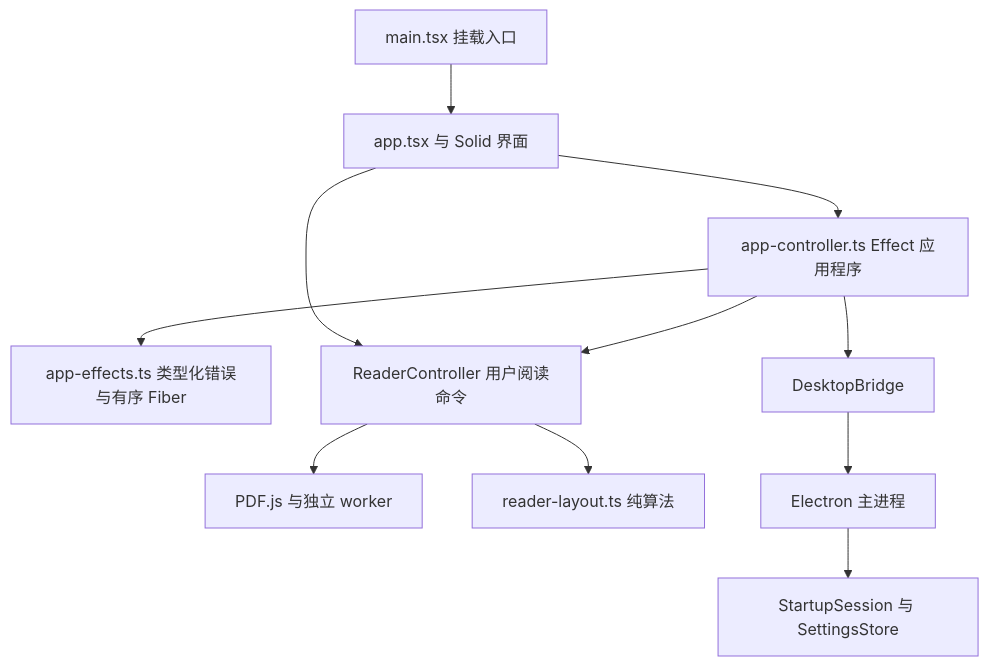
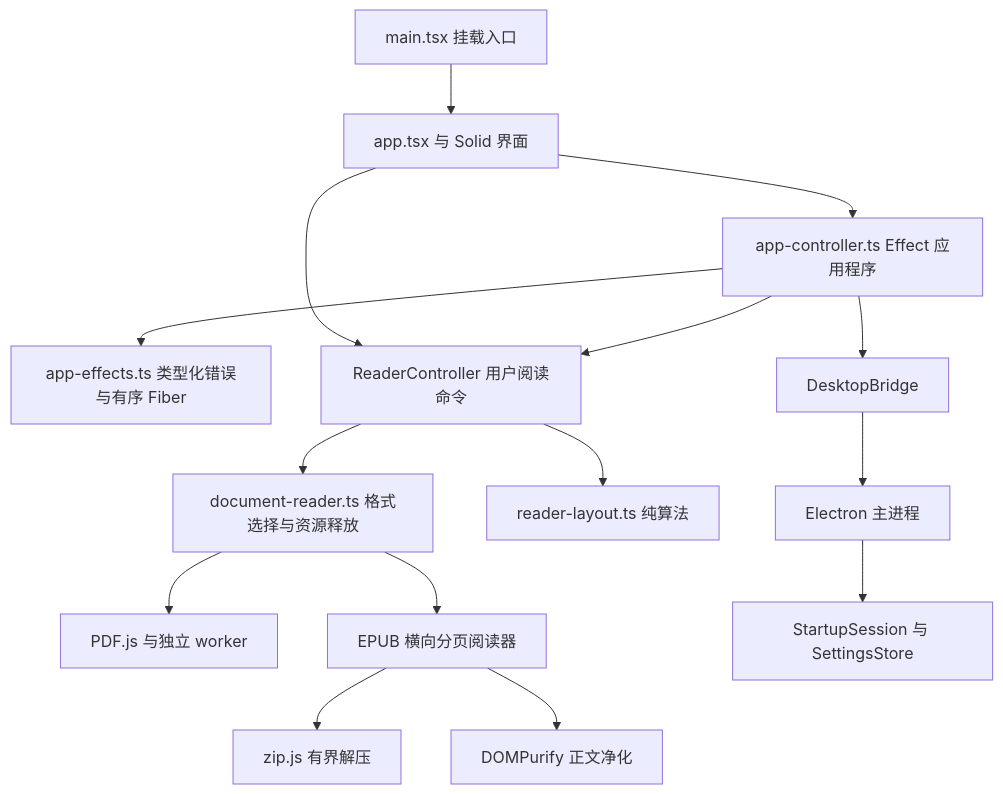
One commit to ekil1100/PanoPDF changed the diagram in docs/architecture.md. Above: the diagram before and after it, drawn with Mermaid. The commit also changed other lines of this file and 32 other files, not shown here.

````diff
--- a/docs/architecture.md
+++ b/docs/architecture.md
@@ -5,13 +5,17 @@
 ```mermaid
 flowchart TB
   Entry[main.tsx 挂载入口] --> UI[app.tsx 与 Solid 界面]
   UI --> App[app-controller.ts Effect 应用程序]
   App --> Runtime[app-effects.ts 类型化错误与有序 Fiber]
   UI --> Reader[ReaderController 用户阅读命令]
   App --> Reader
-  Reader --> PDF[PDF.js 与独立 worker]
+  Reader --> Dispatch[document-reader.ts 格式选择与资源释放]
+  Dispatch --> PDF[PDF.js 与独立 worker]
+  Dispatch --> EPUB[EPUB 横向分页阅读器]
+  EPUB --> ZIP[zip.js 有界解压]
+  EPUB --> Sanitize[DOMPurify 正文净化]
   Reader --> Layout[reader-layout.ts 纯算法]
   App --> Bridge[DesktopBridge]
   Bridge --> Main[Electron 主进程]
   Main --> Store[StartupSession 与 SettingsStore]
 ```
````
